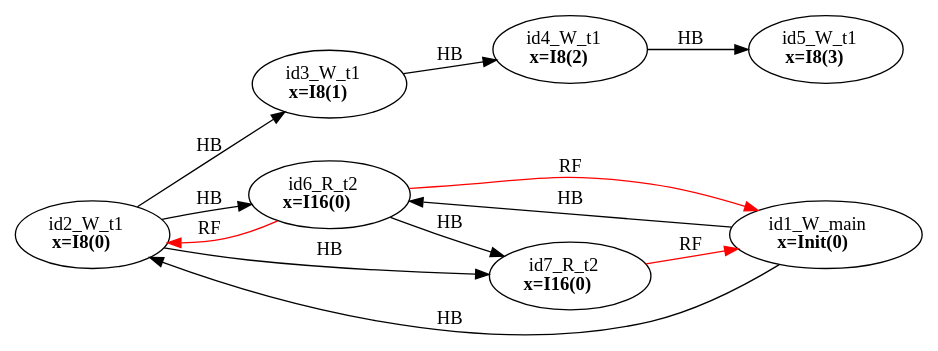
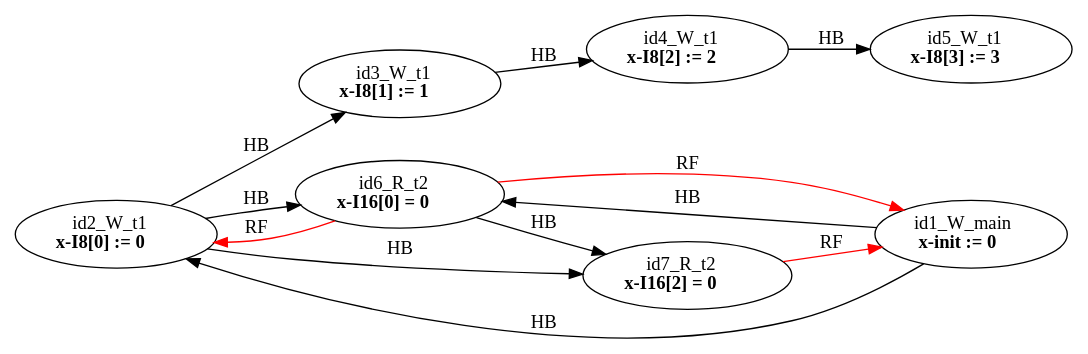
One commit to FMJS/EMME changed the diagram in examples/single_var/sv_simple18/mm2.dot. Above: the diagram before and after it, drawn with Graphviz. The commit also changed 354 other files, not shown here.

```diff
--- a/examples/single_var/sv_simple18/mm2.dot
+++ b/examples/single_var/sv_simple18/mm2.dot
@@ -1,22 +1,22 @@
 digraph memory_model {
 rankdir=LR;
 splines=true; esep=0.5;
 id2_W_t1 -> id3_W_t1 [label = "HB", color="black"];
 id3_W_t1 -> id4_W_t1 [label = "HB", color="black"];
 id4_W_t1 -> id5_W_t1 [label = "HB", color="black"];
 id6_R_t2 -> id7_R_t2 [label = "HB", color="black"];
 id1_W_main -> id2_W_t1 [label = "HB", color="black"];
 id1_W_main -> id6_R_t2 [label = "HB", color="black"];
 id2_W_t1 -> id6_R_t2 [label = "HB", color="black"];
 id2_W_t1 -> id7_R_t2 [label = "HB", color="black"];
 id6_R_t2 -> id1_W_main [label = "RF", color="red"];
 id6_R_t2 -> id2_W_t1 [label = "RF", color="red"];
 id7_R_t2 -> id1_W_main [label = "RF", color="red"];
-id1_W_main [label=<id1_W_main<br/><B>x=Init(0)</B>>, pos="2.5,8!"]
-id2_W_t1 [label=<id2_W_t1<br/><B>x=I8(0)</B>>, pos="0,6!"]
-id3_W_t1 [label=<id3_W_t1<br/><B>x=I8(1)</B>>, pos="0,4!"]
-id4_W_t1 [label=<id4_W_t1<br/><B>x=I8(2)</B>>, pos="0,2!"]
-id5_W_t1 [label=<id5_W_t1<br/><B>x=I8(3)</B>>, pos="0,0!"]
-id6_R_t2 [label=<id6_R_t2<br/><B>x=I16(0)</B>>, pos="5,6!"]
-id7_R_t2 [label=<id7_R_t2<br/><B>x=I16(0)</B>>, pos="5,4!"]
+id1_W_main [label=<id1_W_main<br/><B>x-init := 0</B>>, pos="2.5,8!"]
+id2_W_t1 [label=<id2_W_t1<br/><B>x-I8[0] := 0</B>>, pos="0,6!"]
+id3_W_t1 [label=<id3_W_t1<br/><B>x-I8[1] := 1</B>>, pos="0,4!"]
+id4_W_t1 [label=<id4_W_t1<br/><B>x-I8[2] := 2</B>>, pos="0,2!"]
+id5_W_t1 [label=<id5_W_t1<br/><B>x-I8[3] := 3</B>>, pos="0,0!"]
+id6_R_t2 [label=<id6_R_t2<br/><B>x-I16[0] = 0</B>>, pos="5,6!"]
+id7_R_t2 [label=<id7_R_t2<br/><B>x-I16[2] = 0</B>>, pos="5,4!"]
 }
```
